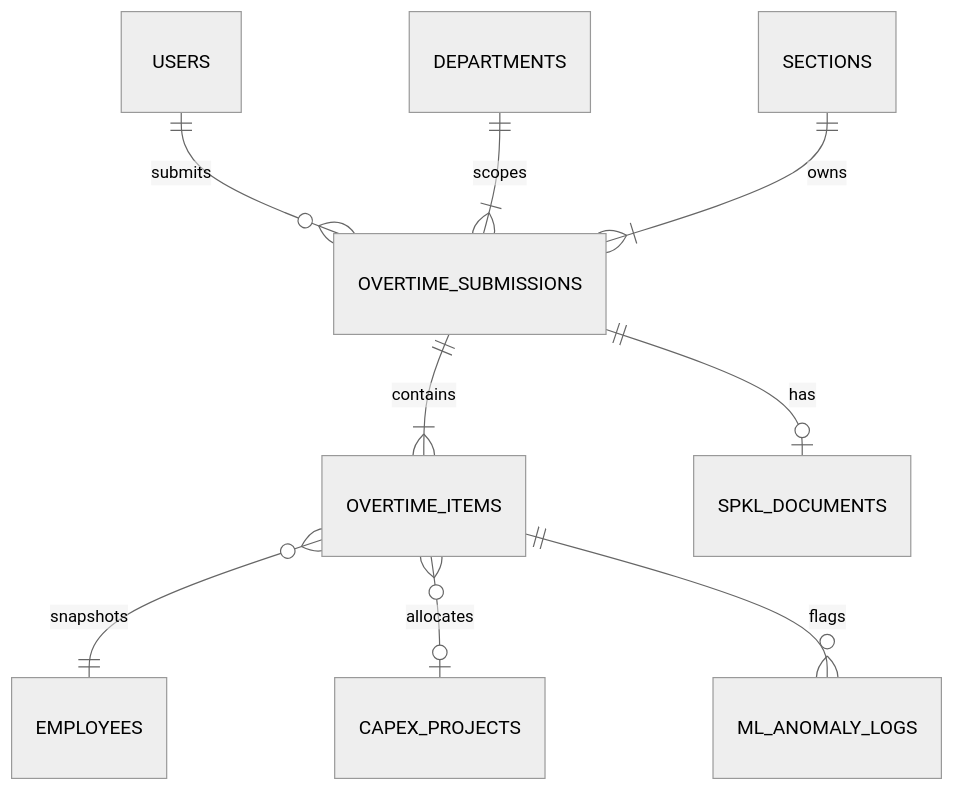
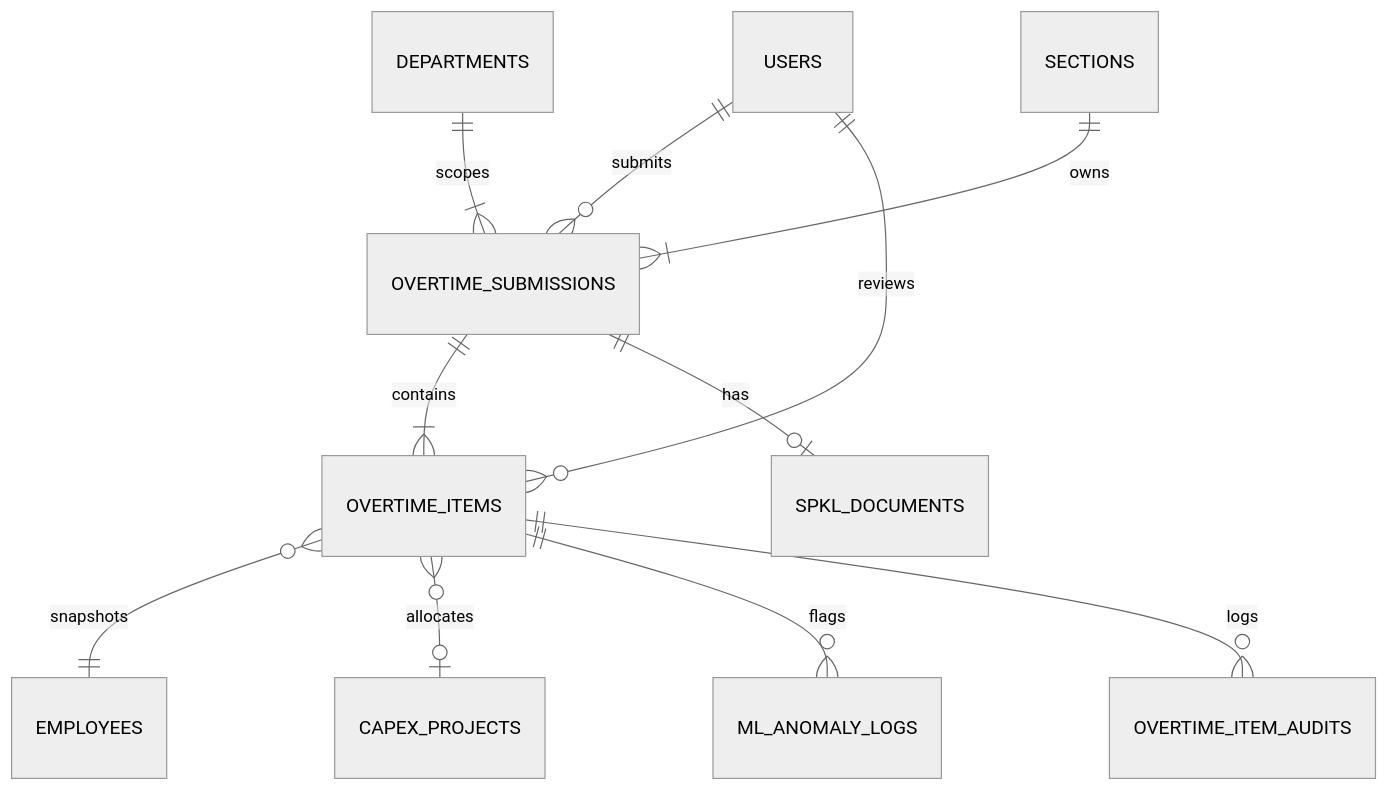
Before and after one commit to ZulfikarHD/overtime-app: the second of 2 diagrams in docs/dev-docs/features/verification-approval.md, drawn with Mermaid (neutral theme). The commit also changed other lines of this file and 27 other files, not shown here.

````diff
--- a/docs/dev-docs/features/verification-approval.md
+++ b/docs/dev-docs/features/verification-approval.md
@@ -25,11 +56,13 @@
 ```mermaid
 erDiagram
     OVERTIME_SUBMISSIONS ||--|{ OVERTIME_ITEMS : contains
     OVERTIME_SUBMISSIONS ||--o| SPKL_DOCUMENTS : has
     OVERTIME_ITEMS }o--|| EMPLOYEES : snapshots
     OVERTIME_ITEMS }o--o| CAPEX_PROJECTS : allocates
     OVERTIME_ITEMS ||--o{ ML_ANOMALY_LOGS : flags
+    OVERTIME_ITEMS ||--o{ OVERTIME_ITEM_AUDITS : logs
     USERS ||--o{ OVERTIME_SUBMISSIONS : submits
+    USERS ||--o{ OVERTIME_ITEMS : reviews
     DEPARTMENTS ||--|{ OVERTIME_SUBMISSIONS : scopes
     SECTIONS ||--|{ OVERTIME_SUBMISSIONS : owns
 ```
````
